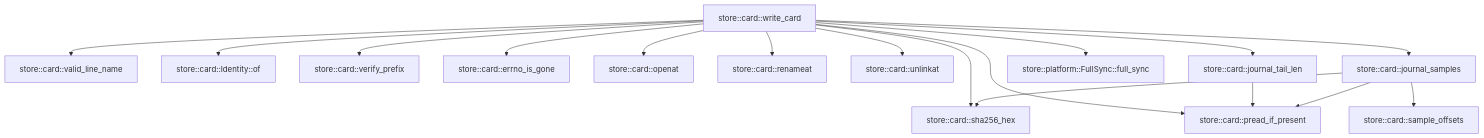
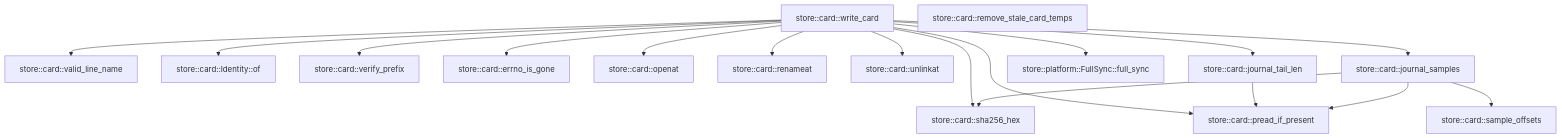
Before and after one commit to TekesApps/TekesKernel: the second of 2 diagrams in crates/store/docs/generated/src--card.md, drawn with Mermaid. The commit also changed other lines of this file and 56 other files, not shown here.

````diff
--- a/crates/store/docs/generated/src--card.md
+++ b/crates/store/docs/generated/src--card.md
@@ -137,33 +138,34 @@
 ```mermaid
 flowchart TD
   n0["store::card::sha256_hex"]
   n1["store::card::sample_offsets"]
   n2["store::card::pread_if_present"]
   n3["store::card::valid_line_name"]
   n4["store::card::Identity::of"]
   n5["store::card::verify_prefix"]
   n6["store::card::errno_is_gone"]
   n7["store::card::openat"]
   n8["store::card::renameat"]
   n9["store::card::unlinkat"]
   n10["store::card::write_card"]
-  n11["store::card::journal_tail_len"]
-  n12["store::card::journal_samples"]
-  n13["store::platform::FullSync::full_sync"]
+  n11["store::card::remove_stale_card_temps"]
+  n12["store::card::journal_tail_len"]
+  n13["store::card::journal_samples"]
+  n14["store::platform::FullSync::full_sync"]
   n10 --> n0
   n10 --> n2
   n10 --> n3
   n10 --> n4
   n10 --> n5
   n10 --> n6
   n10 --> n7
   n10 --> n8
   n10 --> n9
-  n10 --> n11
   n10 --> n12
   n10 --> n13
-  n11 --> n2
-  n12 --> n0
-  n12 --> n1
+  n10 --> n14
   n12 --> n2
+  n13 --> n0
+  n13 --> n1
+  n13 --> n2
 ```
````
